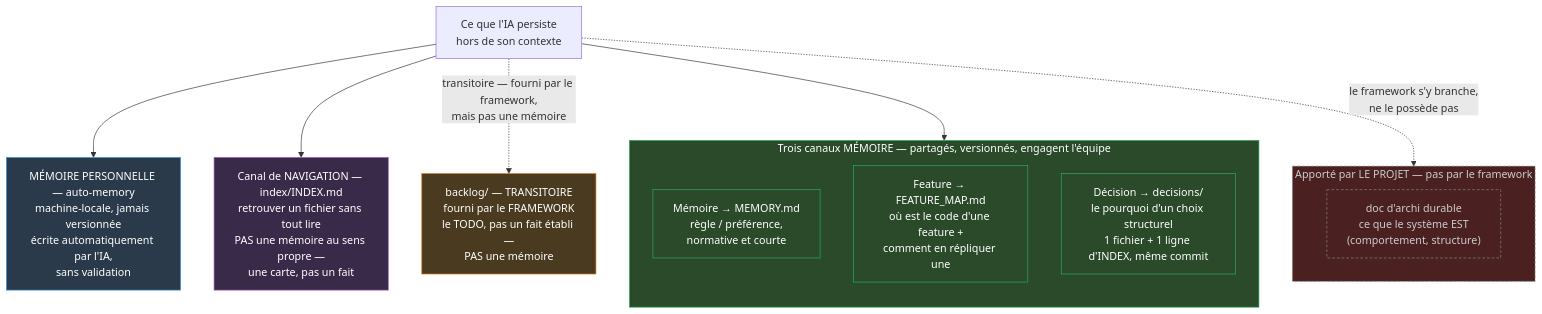
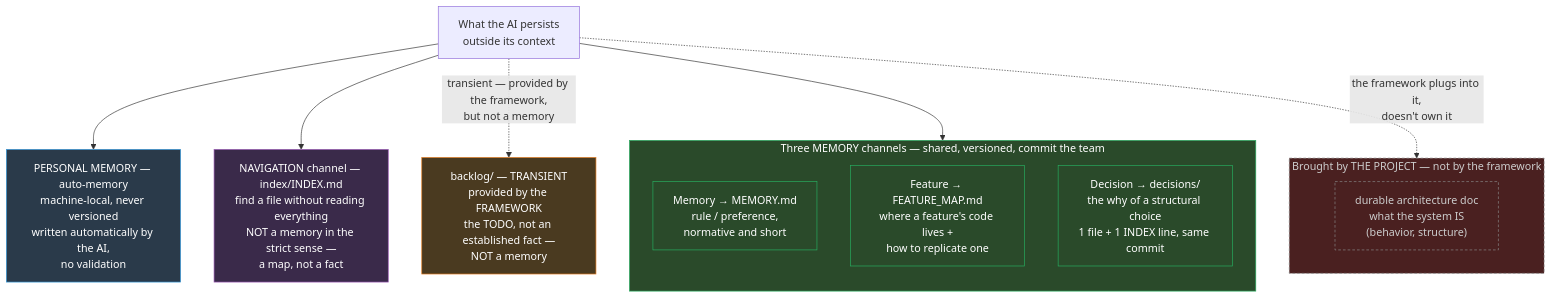
Before and after one commit to runfree337/Yet-Another-Memory-System: the diagram in WORKFLOW.md, drawn with Mermaid. The commit also changed other lines of this file and 40 other files, not shown here.

````diff
--- a/WORKFLOW.md
+++ b/WORKFLOW.md
@@ -50,40 +66,40 @@
 ```mermaid
 flowchart TB
 
-    MEM["Ce que l'IA persiste<br/>hors de son contexte"]
+    MEM["What the AI persists<br/>outside its context"]
 
-    MEM --> PERSO
-    MEM --> CANAUX
+    MEM --> PERSONAL
+    MEM --> CHANNELS
     MEM --> NAV
-    MEM -.->|"transitoire — fourni par le framework,<br/>mais pas une mémoire"| BL
-    MEM -.->|"le framework s'y branche,<br/>ne le possède pas"| HORS
+    MEM -.->|"transient — provided by the framework,<br/>but not a memory"| BL
+    MEM -.->|"the framework plugs into it,<br/>doesn't own it"| EXTERNAL
 
-    PERSO["MÉMOIRE PERSONNELLE — auto-memory<br/>machine-locale, jamais versionnée<br/>écrite automatiquement par l'IA,<br/>sans validation"]
+    PERSONAL["PERSONAL MEMORY — auto-memory<br/>machine-local, never versioned<br/>written automatically by the AI,<br/>no validation"]
 
-    subgraph CANAUX["Trois canaux MÉMOIRE — partagés, versionnés, engagent l'équipe"]
+    subgraph CHANNELS["Three MEMORY channels — shared, versioned, commit the team"]
         direction TB
-        MEMCH["Mémoire → MEMORY.md<br/>règle / préférence,<br/>normative et courte"]
-        FEATCH["Feature → FEATURE_MAP.md<br/>où est le code d'une feature +<br/>comment en répliquer une"]
-        DECCH["Décision → decisions/<br/>le pourquoi d'un choix structurel<br/>1 fichier + 1 ligne d'INDEX, même commit"]
+        MEMCH["Memory → MEMORY.md<br/>rule / preference,<br/>normative and short"]
+        FEATCH["Feature → FEATURE_MAP.md<br/>where a feature's code lives +<br/>how to replicate one"]
+        DECCH["Decision → decisions/<br/>the why of a structural choice<br/>1 file + 1 INDEX line, same commit"]
     end
 
-    NAV["Canal de NAVIGATION — index/INDEX.md<br/>retrouver un fichier sans tout lire<br/>PAS une mémoire au sens propre —<br/>une carte, pas un fait"]
+    NAV["NAVIGATION channel — index/INDEX.md<br/>find a file without reading everything<br/>NOT a memory in the strict sense —<br/>a map, not a fact"]
 
-    BL["backlog/ — TRANSITOIRE<br/>fourni par le FRAMEWORK<br/>le TODO, pas un fait établi —<br/>PAS une mémoire"]
+    BL["backlog/ — TRANSIENT<br/>provided by the FRAMEWORK<br/>the TODO, not an established fact —<br/>NOT a memory"]
 
-    subgraph HORS["Apporté par LE PROJET — pas par le framework"]
+    subgraph EXTERNAL["Brought by THE PROJECT — not by the framework"]
         direction LR
-        FAIT["doc d'archi durable<br/>ce que le système EST<br/>(comportement, structure)"]
+        FACT["durable architecture doc<br/>what the system IS<br/>(behavior, structure)"]
     end
 
-    classDef perso fill:#2a3a4a,stroke:#3498db,color:#fff
-    classDef partage fill:#2a4a2a,stroke:#27ae60,color:#fff
+    classDef personal fill:#2a3a4a,stroke:#3498db,color:#fff
+    classDef shared fill:#2a4a2a,stroke:#27ae60,color:#fff
     classDef nav fill:#3a2a4a,stroke:#9b59b6,color:#fff
-    classDef hors fill:#4a2020,stroke:#888,color:#ccc,stroke-dasharray: 4 3
-    classDef transitoire fill:#4a3a20,stroke:#e67e22,color:#fff
-    class PERSO perso
-    class CANAUX,MEMCH,FEATCH,DECCH partage
+    classDef external fill:#4a2020,stroke:#888,color:#ccc,stroke-dasharray: 4 3
+    classDef transient fill:#4a3a20,stroke:#e67e22,color:#fff
+    class PERSONAL personal
+    class CHANNELS,MEMCH,FEATCH,DECCH shared
     class NAV nav
-    class HORS,FAIT hors
-    class BL transitoire
+    class EXTERNAL,FACT external
+    class BL transient
 ```
````
